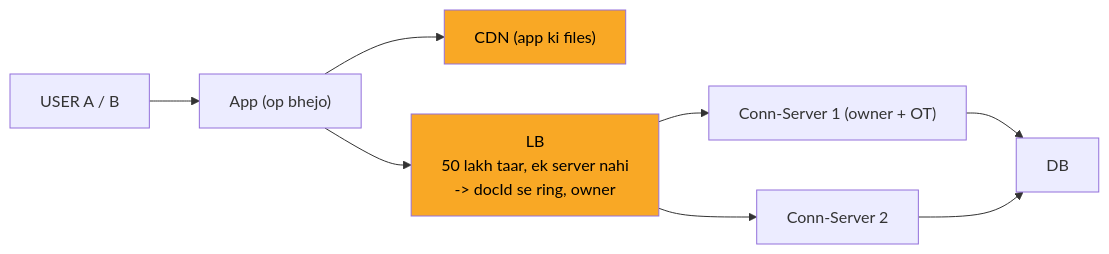
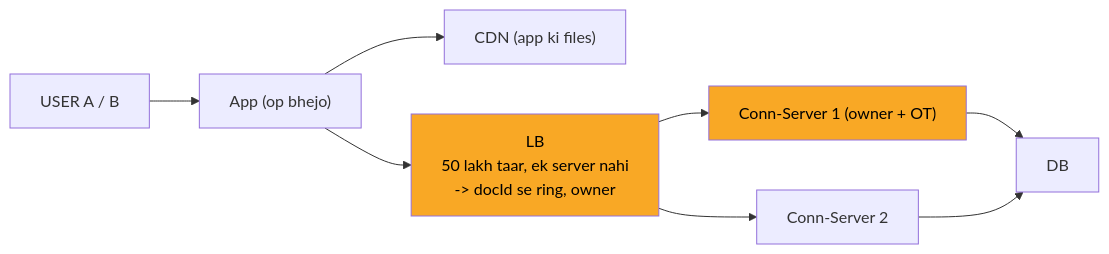
One commit to ArpanMaheshwari144/Prep changed the fifth of 10 diagrams in 04_HLD/SYSTEM_DESIGNS/11_google_docs_collab/11_google_docs_collab.md. Above: the diagram before and after it, drawn with Mermaid. The commit also changed other lines of this file, not shown here.

Commit message:
docs: audit fixes (owner box yellow not CDN, ACK = WAIT 1 in HAL, 3 baje alert, snapshot numbers)

````diff
--- a/04_HLD/SYSTEM_DESIGNS/11_google_docs_collab/11_google_docs_collab.md
+++ b/04_HLD/SYSTEM_DESIGNS/11_google_docs_collab/11_google_docs_collab.md
@@ -158,19 +158,19 @@
 ```mermaid
 flowchart LR
     n_USER["USER A / B"]
     n_App["App (op bhejo)"]
     n_CDN["CDN (app ki files)"]
     n_LB["LB<br/>50 lakh taar, ek server nahi<br/>-> docId se ring, owner"]
     n_CS1["Conn-Server 1 (owner + OT)"]
     n_CS2["Conn-Server 2"]
     n_DB["DB"]
     n_USER --> n_App
     n_App --> n_CDN
     n_App --> n_LB
     n_LB --> n_CS1
     n_LB --> n_CS2
     n_CS1 --> n_DB
     n_CS2 --> n_DB
     style n_LB fill:#f9a825,color:#000
-    style n_CDN fill:#f9a825,color:#000
+    style n_CS1 fill:#f9a825,color:#000
 ```
````
